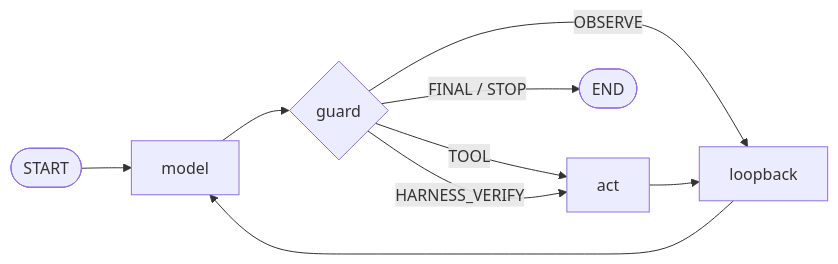
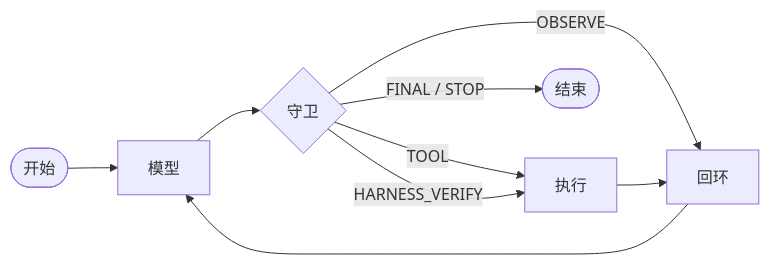
One commit to LinuxLinking/linuxlinking.github.io changed the diagram in blog/harness-guard-design/post.md. Above: the diagram before and after it, drawn with Mermaid. The commit also changed other lines of this file and 36 other files, not shown here.

````diff
--- a/blog/harness-guard-design/post.md
+++ b/blog/harness-guard-design/post.md
@@ -25,11 +28,11 @@
 ```mermaid
 flowchart LR
-    S([START]) --> M[model]
-    M --> G{guard}
-    G -- TOOL --> A[act]
+    S([开始]) --> M[模型]
+    M --> G{守卫}
+    G -- TOOL --> A[执行]
     G -- HARNESS_VERIFY --> A
-    G -- OBSERVE --> L[loopback]
+    G -- OBSERVE --> L[回环]
     A --> L
-    G -- FINAL / STOP --> E([END])
+    G -- FINAL / STOP --> E([结束])
     L --> M
 ```
````
